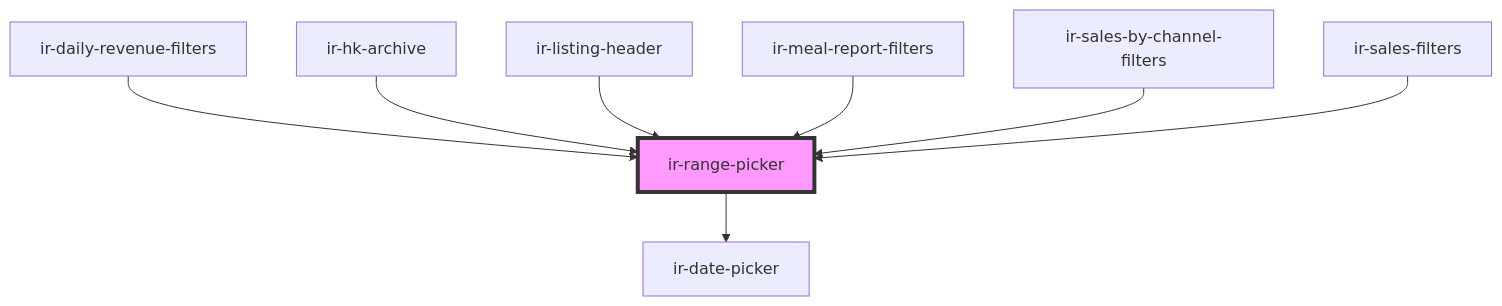
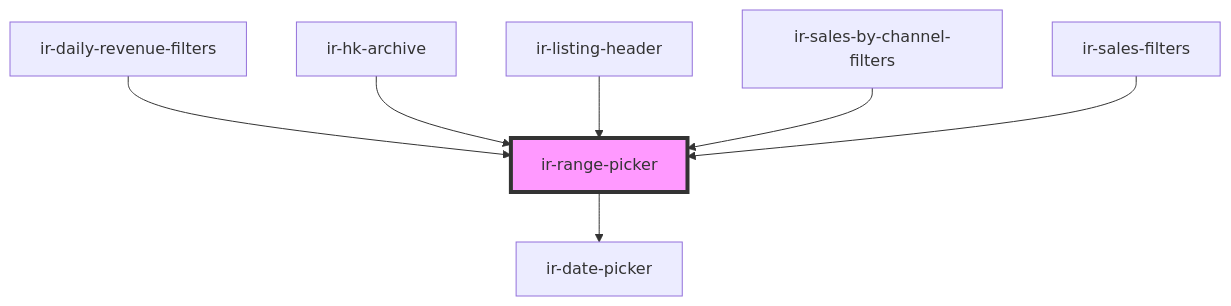
One commit to RonyRizk/ir-webcmp changed the diagram in src/components/ir-housekeeping/ir-hk-tasks/ir-hk-archive/ir-range-picker/readme.md. Above: the diagram before and after it, drawn with Mermaid. The commit also changed other lines of this file and 48 other files, not shown here.

````diff
--- a/src/components/ir-housekeeping/ir-hk-tasks/ir-hk-archive/ir-range-picker/readme.md
+++ b/src/components/ir-housekeeping/ir-hk-tasks/ir-hk-archive/ir-range-picker/readme.md
@@ -43,11 +42,10 @@
 ```mermaid
 graph TD;
   ir-range-picker --> ir-date-picker
   ir-daily-revenue-filters --> ir-range-picker
   ir-hk-archive --> ir-range-picker
   ir-listing-header --> ir-range-picker
-  ir-meal-report-filters --> ir-range-picker
   ir-sales-by-channel-filters --> ir-range-picker
   ir-sales-filters --> ir-range-picker
   style ir-range-picker fill:#f9f,stroke:#333,stroke-width:4px
 ```
````
